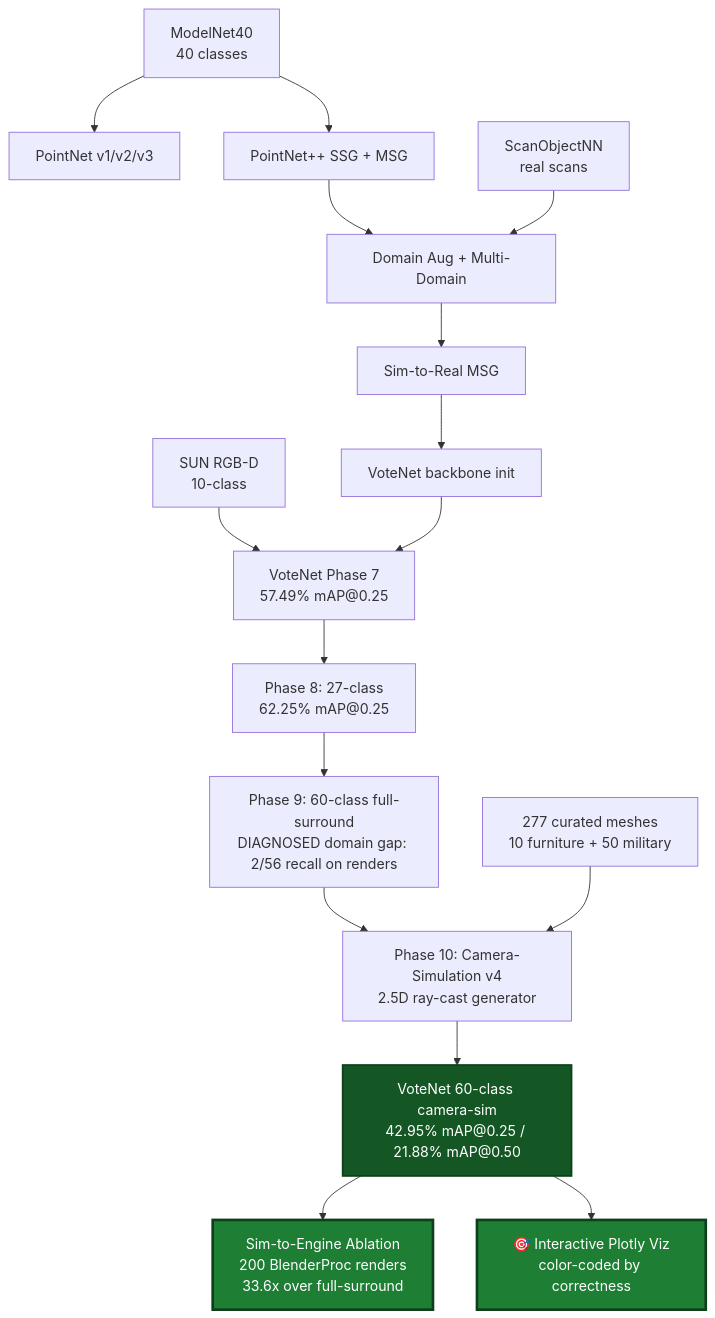
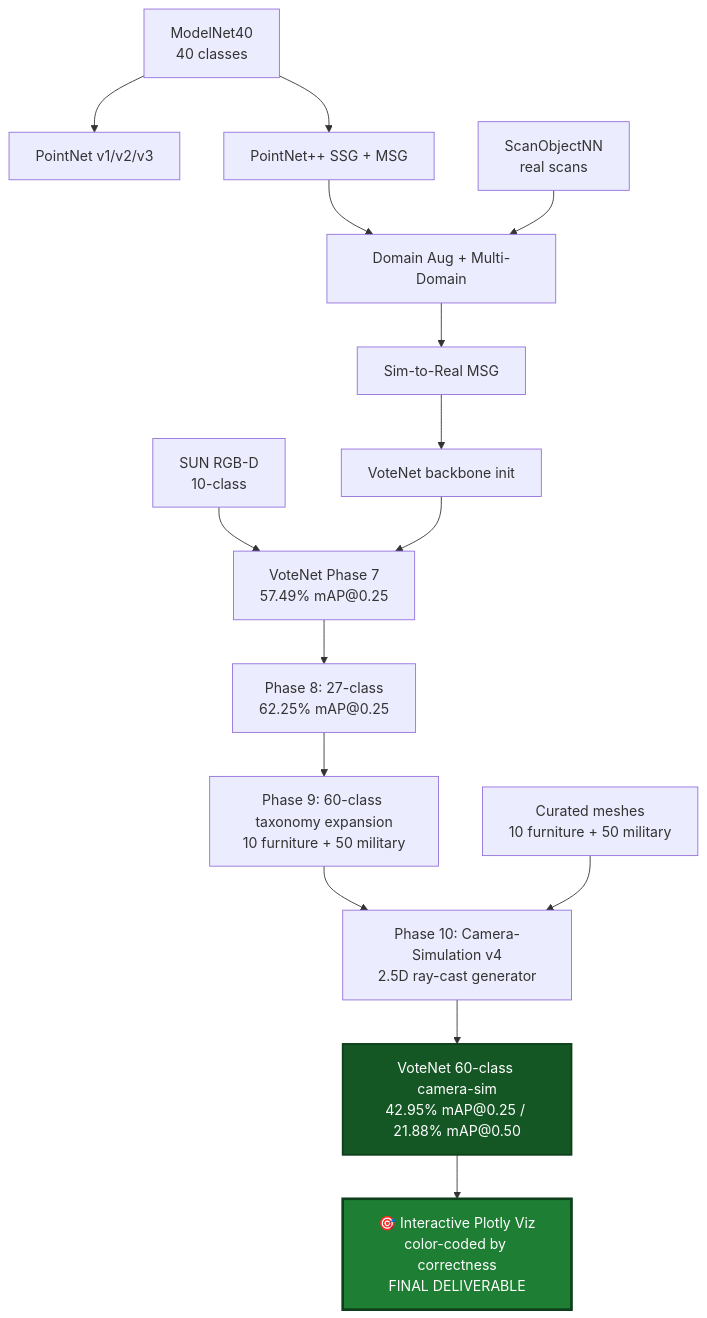
The diagram in README.md (Vatsy05/3D-Object-Detection), drawn with Mermaid before and after one commit. The commit also changed other lines of this file, not shown here.

````diff
--- a/README.md
+++ b/README.md
@@ -141,21 +132,19 @@
 ```mermaid
 flowchart TD
     A[ModelNet40<br/>40 classes] --> B[PointNet v1/v2/v3]
     A --> C[PointNet++ SSG + MSG]
     C --> D[Domain Aug + Multi-Domain]
     E[ScanObjectNN<br/>real scans] --> D
     D --> F[Sim-to-Real MSG]
     F --> G[VoteNet backbone init]
     H[SUN RGB-D<br/>10-class] --> I[VoteNet Phase 7<br/>57.49% mAP@0.25]
     G --> I
     I --> J[Phase 8: 27-class<br/>62.25% mAP@0.25]
-    J --> K[Phase 9: 60-class full-surround<br/>DIAGNOSED domain gap: 2/56 recall on renders]
+    J --> K[Phase 9: 60-class taxonomy expansion<br/>10 furniture + 50 military]
     K --> L[Phase 10: Camera-Simulation v4<br/>2.5D ray-cast generator]
-    M[277 curated meshes<br/>10 furniture + 50 military] --> L
+    M[Curated meshes<br/>10 furniture + 50 military] --> L
     L --> N[VoteNet 60-class camera-sim<br/>42.95% mAP@0.25 / 21.88% mAP@0.50]
-    N --> O[Sim-to-Engine Ablation<br/>200 BlenderProc renders<br/>33.6x over full-surround]
-    N --> P[🎯 Interactive Plotly Viz<br/>color-coded by correctness]
+    N --> O[🎯 Interactive Plotly Viz<br/>color-coded by correctness<br/>FINAL DELIVERABLE]
     style N fill:#155724,stroke:#0d3f1a,stroke-width:2px,color:#fff
     style O fill:#1e7e34,stroke:#0d3f1a,stroke-width:3px,color:#fff
-    style P fill:#1e7e34,stroke:#0d3f1a,stroke-width:3px,color:#fff
 ```
````
